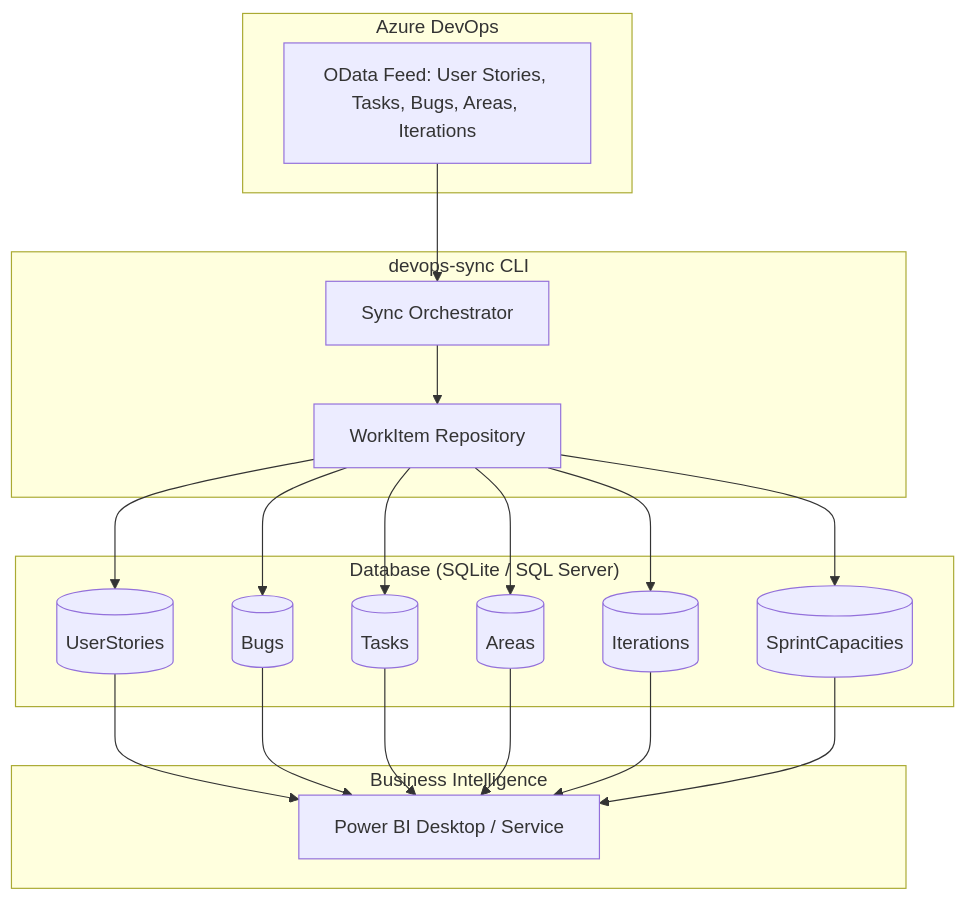
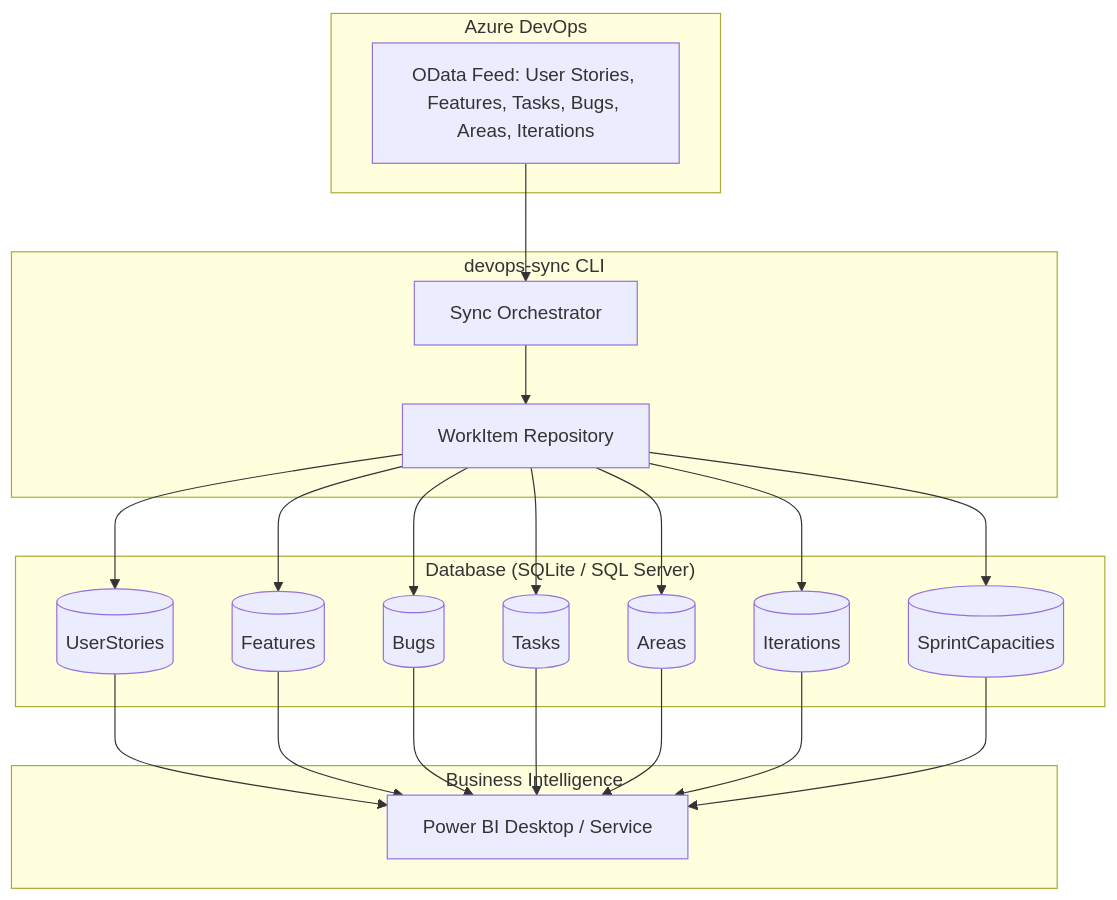
The diagram in README.md (Ssereno/-Ssereno-AzureDevOpsToTableStorage), drawn with Mermaid before and after one commit. The commit also changed other lines of this file and 31 other files, not shown here.

Commit message:
Add suporte do features ans fix bugs

````diff
--- a/README.md
+++ b/README.md
@@ -13,40 +13,43 @@
 ```mermaid
 graph TD
     subgraph "Azure DevOps"
-        OData[OData Feed: User Stories, Tasks, Bugs, Areas, Iterations]
+        OData[OData Feed: User Stories, Features, Tasks, Bugs, Areas, Iterations]
     end
 
     subgraph "devops-sync CLI"
         Orchestrator[Sync Orchestrator]
         Repo[WorkItem Repository]
     end
 
     subgraph "Database (SQLite / SQL Server)"
         US[(UserStories)]
+        Features[(Features)]
         Bugs[(Bugs)]
         Tasks[(Tasks)]
         Areas[(Areas)]
         Iters[(Iterations)]
         Caps[(SprintCapacities)]
     end
 
     subgraph "Business Intelligence"
         PBI[Power BI Desktop / Service]
     end
 
     OData --> Orchestrator
     Orchestrator --> Repo
     Repo --> US
+    Repo --> Features
     Repo --> Bugs
     Repo --> Tasks
     Repo --> Areas
     Repo --> Iters
     Repo --> Caps
 
     US --> PBI
+    Features --> PBI
     Bugs --> PBI
     Tasks --> PBI
     Areas --> PBI
     Iters --> PBI
     Caps --> PBI
 ```
````
